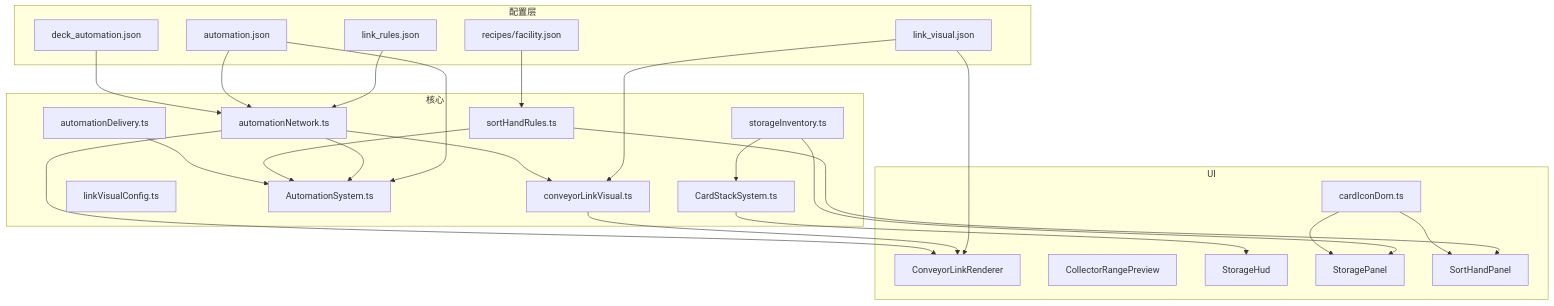
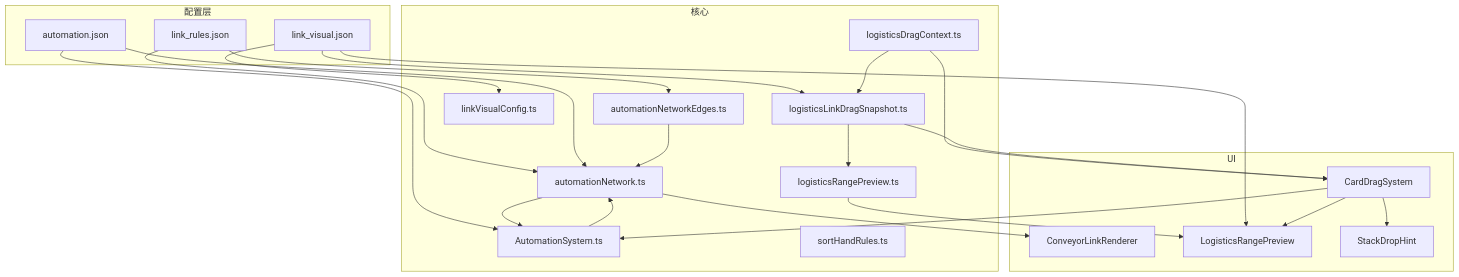
Before and after one commit to cvhen-t/pock: the diagram in docs/logistics-automation-design.md, drawn with Mermaid. The commit also changed other lines of this file and 80 other files, not shown here.

````diff
--- a/docs/logistics-automation-design.md
+++ b/docs/logistics-automation-design.md
@@ -112,50 +121,46 @@
 ```mermaid
 flowchart TB
   subgraph config [配置层]
     LR[link_rules.json]
     LV[link_visual.json]
     AC[automation.json]
-    DA[deck_automation.json]
-    RF[recipes/facility.json]
   end
 
   subgraph core [核心]
+    ANE[automationNetworkEdges.ts]
     AN[automationNetwork.ts]
-    CLV[conveyorLinkVisual.ts]
+    LDC[logisticsDragContext.ts]
+    LDS[logisticsLinkDragSnapshot.ts]
+    LRP[logisticsRangePreview.ts]
     LVC[linkVisualConfig.ts]
     AS[AutomationSystem.ts]
     SH[sortHandRules.ts]
-    AD[automationDelivery.ts]
-    SI[storageInventory.ts]
-    CSS[CardStackSystem.ts]
   end
 
   subgraph ui [UI]
     CLR[ConveyorLinkRenderer]
-    CRP[CollectorRangePreview]
-    SHUD[StorageHud]
-    SP[StoragePanel]
-    SHP[SortHandPanel]
-    CID[cardIconDom.ts]
+    LRV[LogisticsRangePreview]
+    CDS[CardDragSystem]
+    SHINT[StackDropHint]
   end
 
+  LR --> ANE
   LR --> AN
-  LV --> CLR
-  LV --> CLV
+  LV --> LVC
+  LV --> LRV
+  LV --> LDS
   AC --> AN
   AC --> AS
-  DA --> AN
-  RF --> SH
+  ANE --> AN
   AN --> AS
-  AN --> CLV
-  CLV --> CLR
-  SH --> AS
-  SH --> SHP
-  AD --> AS
-  SI --> SP
-  SI --> CSS
-  CSS --> SHUD
   AN --> CLR
-  CID --> SP
-  CID --> SHP
+  LDC --> LDS
+  LDC --> CDS
+  LDS --> LRP
+  LDS --> CDS
+  LRP --> LRV
+  CDS --> LRV
+  CDS --> SHINT
+  AS --> AN
+  CDS --> AS
 ```
````
